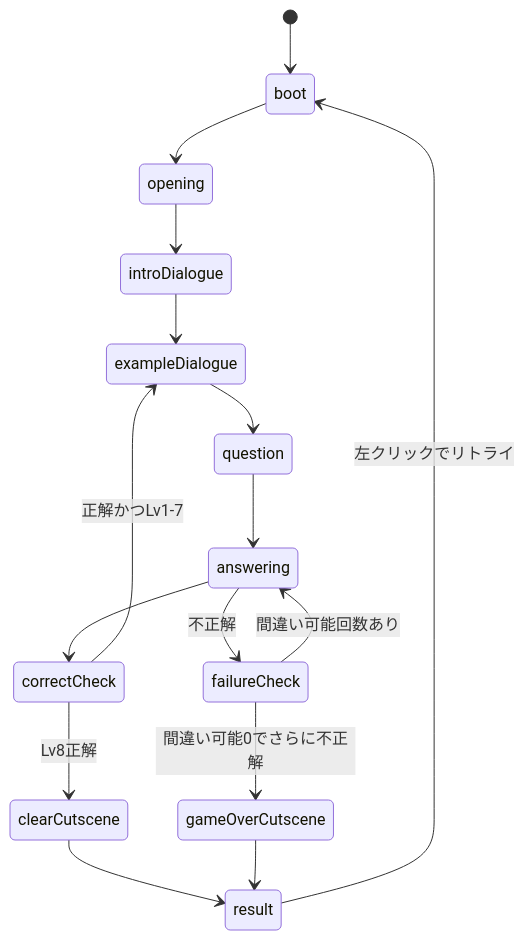
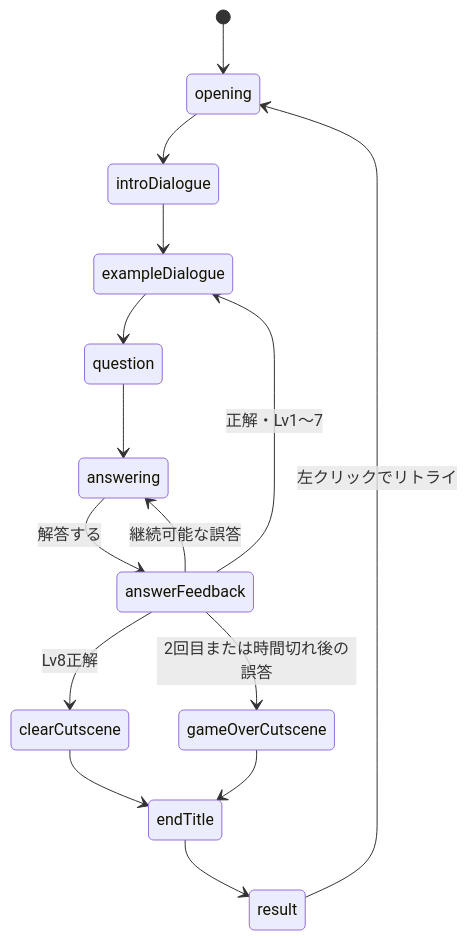
One commit to lycanthr0pes/language-deciphering-game changed the second of 13 diagrams in docs/project-flow.md. Above: the diagram before and after it, drawn with Mermaid. The commit also changed other lines of this file and 12 other files, not shown here.

````diff
--- a/docs/project-flow.md
+++ b/docs/project-flow.md
@@ -55,18 +47,17 @@
 ```mermaid
 stateDiagram-v2
-    [*] --> boot
-    boot --> opening
+    [*] --> opening
     opening --> introDialogue
     introDialogue --> exampleDialogue
     exampleDialogue --> question
     question --> answering
-    answering --> correctCheck
-    correctCheck --> exampleDialogue: 正解かつLv1-7
-    correctCheck --> clearCutscene: Lv8正解
-    answering --> failureCheck: 不正解
-    failureCheck --> answering: 間違い可能回数あり
-    failureCheck --> gameOverCutscene: 間違い可能0でさらに不正解
-    clearCutscene --> result
-    gameOverCutscene --> result
-    result --> boot: 左クリックでリトライ
+    answering --> answerFeedback: 解答する
+    answerFeedback --> exampleDialogue: 正解・Lv1〜7
+    answerFeedback --> answering: 継続可能な誤答
+    answerFeedback --> clearCutscene: Lv8正解
+    answerFeedback --> gameOverCutscene: 2回目または時間切れ後の誤答
+    clearCutscene --> endTitle
+    gameOverCutscene --> endTitle
+    endTitle --> result
+    result --> opening: 左クリックでリトライ
 ```
````
